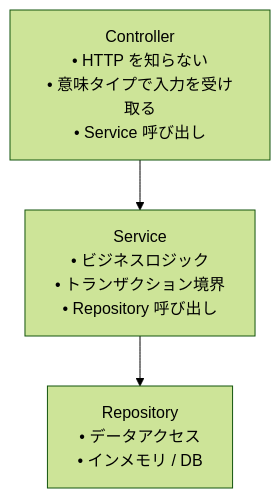
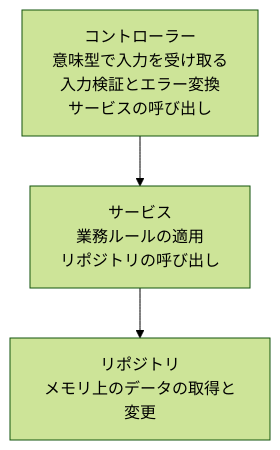
The diagram in docs/ja/reference/examples/crud.md (NARUBROWN/spine-site), drawn with Mermaid (forest theme) before and after one commit. The commit also changed other lines of this file and 158 other files, not shown here.

````diff
--- a/docs/ja/reference/examples/crud.md
+++ b/docs/ja/reference/examples/crud.md
@@ -8,11 +13,11 @@
 ```mermaid
 graph TD
-    Controller["Controller<br/>• HTTP を知らない<br/>• 意味タイプで入力を受け取る<br/>• Service 呼び出し"]
-    
-    Service["Service<br/>• ビジネスロジック<br/>• トランザクション境界<br/>• Repository 呼び出し"]
-    
-    Repository["Repository<br/>• データアクセス<br/>• インメモリ / DB"]
-    
+    Controller["コントローラー<br/>意味型で入力を受け取る<br/>入力検証とエラー変換<br/>サービスの呼び出し"]
+
+    Service["サービス<br/>業務ルールの適用<br/>リポジトリの呼び出し"]
+
+    Repository["リポジトリ<br/>メモリ上のデータの取得と変更"]
+
     Controller --> Service
     Service --> Repository
 ```
````
